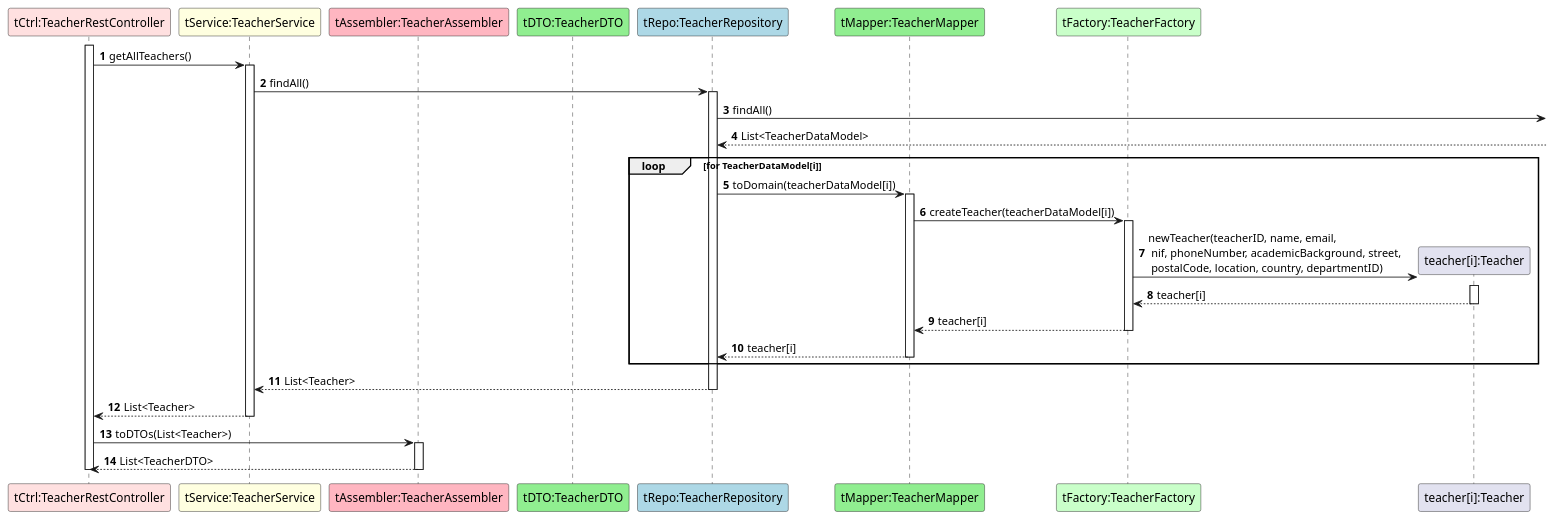
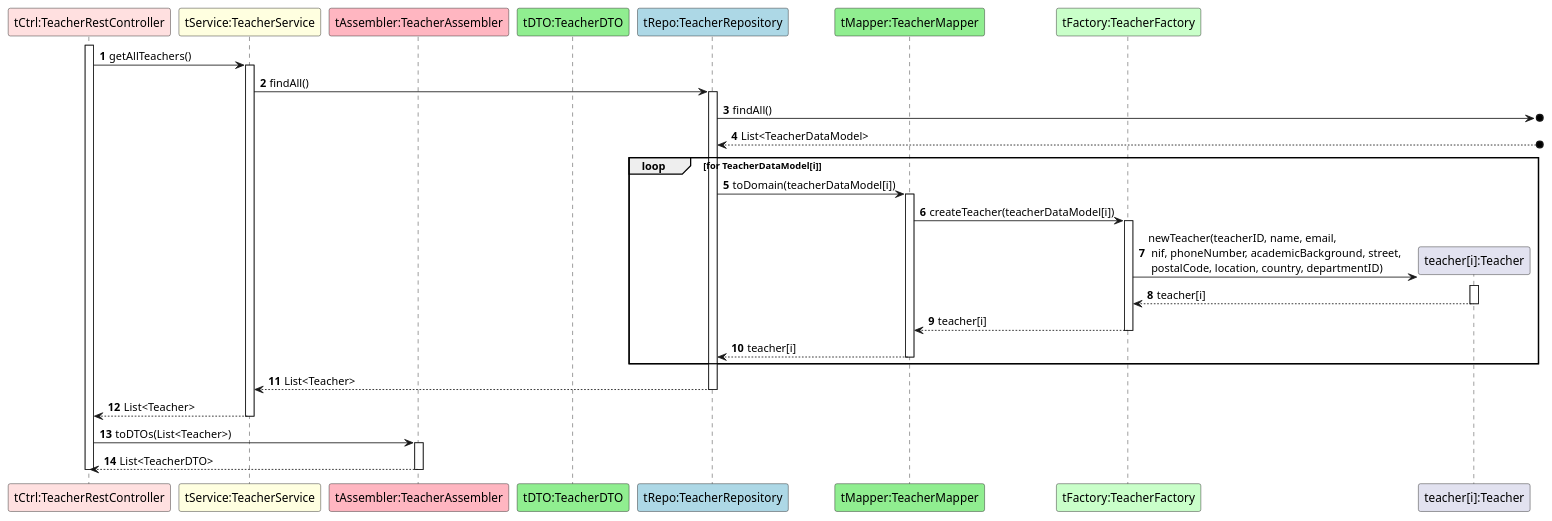
The diagram in docs/US31/ScenarioView/References/Ref-getAllTeachers.puml (GasparISEP/DevOps-PAI), drawn with PlantUML before and after one commit. The commit also changed 5 other files, not shown here.

Commit message:
Ref #653: Refactor Scenario View diagrams to use o] notation for external interactions, and update Level 4 Scenario View diagram to reflect single-step form submission

```diff
--- a/docs/US31/ScenarioView/References/Ref-getAllTeachers.puml
+++ b/docs/US31/ScenarioView/References/Ref-getAllTeachers.puml
@@ -1,36 +1,36 @@
 @startuml
 autonumber
 
 participant "tCtrl:TeacherRestController" as C #implementation
 participant "tService:TeacherService" as TS #lightyellow
 participant "tAssembler:TeacherAssembler" as TA #lightpink
 participant "tDTO:TeacherDTO" as TDTO #lightgreen
 participant "tRepo:TeacherRepository" as TR #lightblue
 participant "tMapper:TeacherMapper" as M #lightgreen
 participant "tFactory:TeacherFactory" as TF #technology
 participant "teacher[i]:Teacher" as T
 
 activate C
 C -> TS ++: getAllTeachers()
 
 TS -> TR ++: findAll()
 
-TR -> : findAll()
-TR <-- : List<TeacherDataModel>
+TR ->o] : findAll()
+TR <--o] : List<TeacherDataModel>
 
 loop for TeacherDataModel[i]
 TR -> M ++: toDomain(teacherDataModel[i])
 M -> TF ++: createTeacher(teacherDataModel[i])
 TF -> T**: newTeacher(teacherID, name, email, \n nif, phoneNumber, academicBackground, street, \n postalCode, location, country, departmentID)
 activate T
 T --> TF --: teacher[i]
 TF --> M --: teacher[i]
 M --> TR --: teacher[i]
 end
 
 TR --> TS --: List<Teacher>
 TS --> C --: List<Teacher>
 C -> TA ++: toDTOs(List<Teacher>)
 TA --> C --: List<TeacherDTO>
 deactivate C
 @enduml
```
